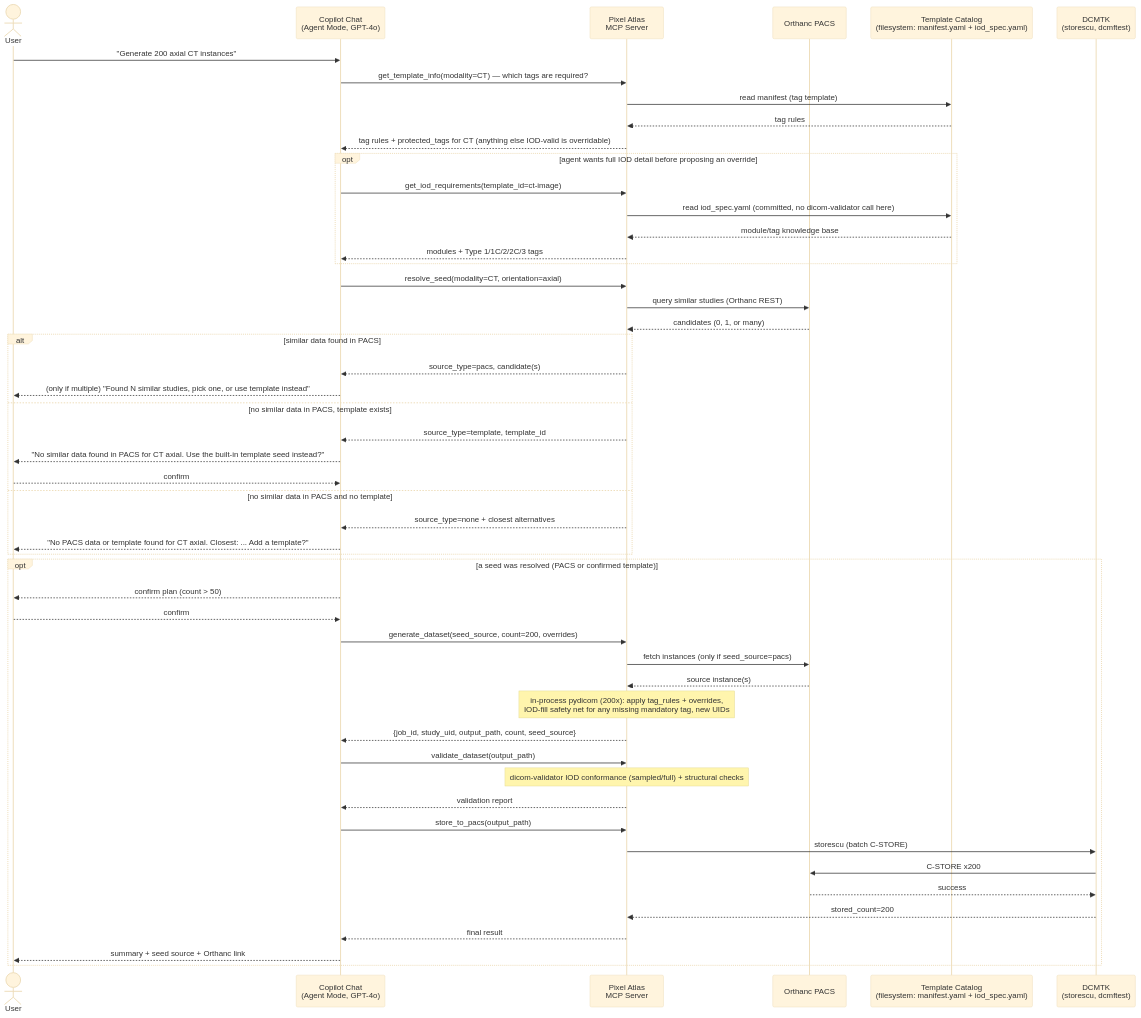
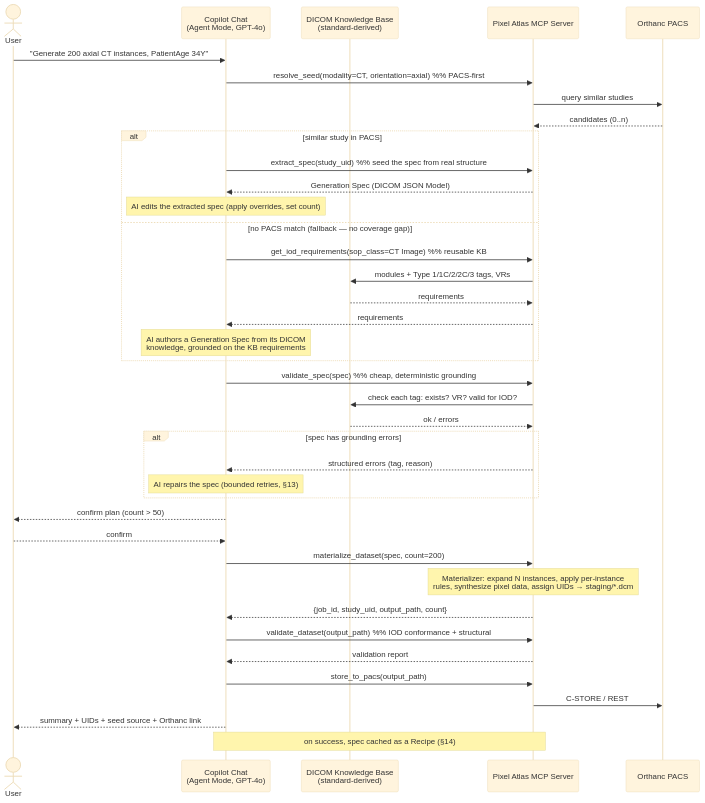
One commit to CT-Hackcelerate/PixelAtlas changed the diagram in docs/solution-design.md. Above: the diagram before and after it, drawn with Mermaid (base theme). The commit also changed other lines of this file and 11 other files, not shown here.

````diff
--- a/docs/solution-design.md
+++ b/docs/solution-design.md
@@ -47,57 +84,45 @@
 ```mermaid
 sequenceDiagram
     actor User
     participant Copilot as Copilot Chat<br/>(Agent Mode, GPT-4o)
-    participant MCP as Pixel Atlas<br/>MCP Server
+    participant KB as DICOM Knowledge Base<br/>(standard-derived)
+    participant MCP as Pixel Atlas MCP Server
     participant PACS as Orthanc PACS
-    participant Cat as Template Catalog<br/>(filesystem: manifest.yaml + iod_spec.yaml)
-    participant DCMTK as DCMTK<br/>(storescu, dcmftest)
 
-    User->>Copilot: "Generate 200 axial CT instances"
-    Copilot->>MCP: get_template_info(modality=CT) — which tags are required?
-    MCP->>Cat: read manifest (tag template)
-    Cat-->>MCP: tag rules
-    MCP-->>Copilot: tag rules + protected_tags for CT (anything else IOD-valid is overridable)
-    opt agent wants full IOD detail before proposing an override
-        Copilot->>MCP: get_iod_requirements(template_id=ct-image)
-        MCP->>Cat: read iod_spec.yaml (committed, no dicom-validator call here)
-        Cat-->>MCP: module/tag knowledge base
-        MCP-->>Copilot: modules + Type 1/1C/2/2C/3 tags
+    User->>Copilot: "Generate 200 axial CT instances, PatientAge 34Y"
+    Copilot->>MCP: resolve_seed(modality=CT, orientation=axial)  %% PACS-first
+    MCP->>PACS: query similar studies
+    PACS-->>MCP: candidates (0..n)
+
+    alt similar study in PACS
+        Copilot->>MCP: extract_spec(study_uid)     %% seed the spec from real structure
+        MCP-->>Copilot: Generation Spec (DICOM JSON Model)
+        Note over Copilot: AI edits the extracted spec (apply overrides, set count)
+    else no PACS match (fallback — no coverage gap)
+        Copilot->>MCP: get_iod_requirements(sop_class=CT Image)  %% reusable KB
+        MCP->>KB: modules + Type 1/1C/2/2C/3 tags, VRs
+        KB-->>MCP: requirements
+        MCP-->>Copilot: requirements
+        Note over Copilot: AI authors a Generation Spec from its DICOM<br/>knowledge, grounded on the KB requirements
     end
 
-    Copilot->>MCP: resolve_seed(modality=CT, orientation=axial)
-    MCP->>PACS: query similar studies (Orthanc REST)
-    PACS-->>MCP: candidates (0, 1, or many)
-
-    alt similar data found in PACS
-        MCP-->>Copilot: source_type=pacs, candidate(s)
-        Copilot-->>User: (only if multiple) "Found N similar studies, pick one, or use template instead"
-    else no similar data in PACS, template exists
-        MCP-->>Copilot: source_type=template, template_id
-        Copilot-->>User: "No similar data found in PACS for CT axial. Use the built-in template seed instead?"
-        User-->>Copilot: confirm
-    else no similar data in PACS and no template
-        MCP-->>Copilot: source_type=none + closest alternatives
-        Copilot-->>User: "No PACS data or template found for CT axial. Closest: ... Add a template?"
+    Copilot->>MCP: validate_spec(spec)             %% cheap, deterministic grounding
+    MCP->>KB: check each tag: exists? VR? valid for IOD?
+    KB-->>MCP: ok / errors
+    alt spec has grounding errors
+        MCP-->>Copilot: structured errors (tag, reason)
+        Note over Copilot: AI repairs the spec (bounded retries, §13)
     end
 
-    opt a seed was resolved (PACS or confirmed template)
-        Copilot-->>User: confirm plan (count > 50)
-        User-->>Copilot: confirm
-        Copilot->>MCP: generate_dataset(seed_source, count=200, overrides)
-        MCP->>PACS: fetch instances (only if seed_source=pacs)
-        PACS-->>MCP: source instance(s)
-        Note over MCP: in-process pydicom (200x): apply tag_rules + overrides,<br/>IOD-fill safety net for any missing mandatory tag, new UIDs
-        MCP-->>Copilot: {job_id, study_uid, output_path, count, seed_source}
-        Copilot->>MCP: validate_dataset(output_path)
-        Note over MCP: dicom-validator IOD conformance (sampled/full) + structural checks
-        MCP-->>Copilot: validation report
-        Copilot->>MCP: store_to_pacs(output_path)
-        MCP->>DCMTK: storescu (batch C-STORE)
-        DCMTK->>PACS: C-STORE x200
-        PACS-->>DCMTK: success
-        DCMTK-->>MCP: stored_count=200
-        MCP-->>Copilot: final result
-        Copilot-->>User: summary + seed source + Orthanc link
-    end
+    Copilot-->>User: confirm plan (count > 50)
+    User-->>Copilot: confirm
+    Copilot->>MCP: materialize_dataset(spec, count=200)
+    Note over MCP: Materializer: expand N instances, apply per-instance<br/>rules, synthesize pixel data, assign UIDs → staging/*.dcm
+    MCP-->>Copilot: {job_id, study_uid, output_path, count}
+    Copilot->>MCP: validate_dataset(output_path)   %% IOD conformance + structural
+    MCP-->>Copilot: validation report
+    Copilot->>MCP: store_to_pacs(output_path)
+    MCP->>PACS: C-STORE / REST
+    Copilot-->>User: summary + UIDs + seed source + Orthanc link
+    Note over Copilot,MCP: on success, spec cached as a Recipe (§14)
 ```
````
